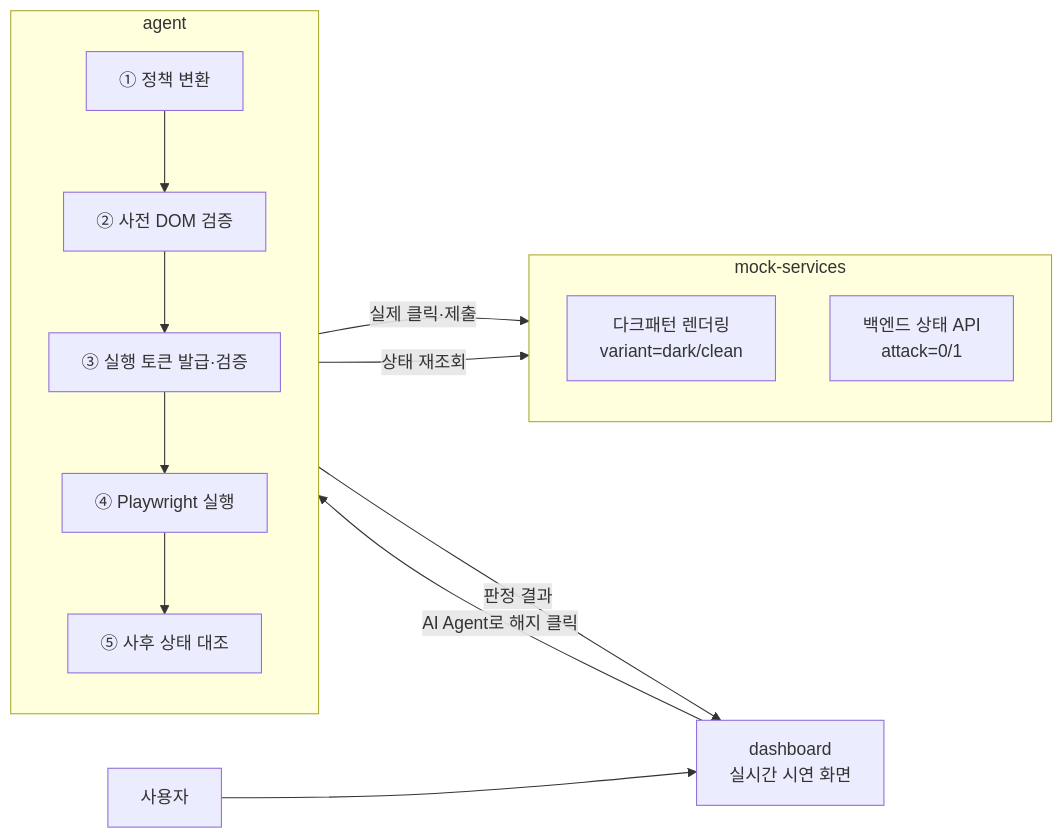
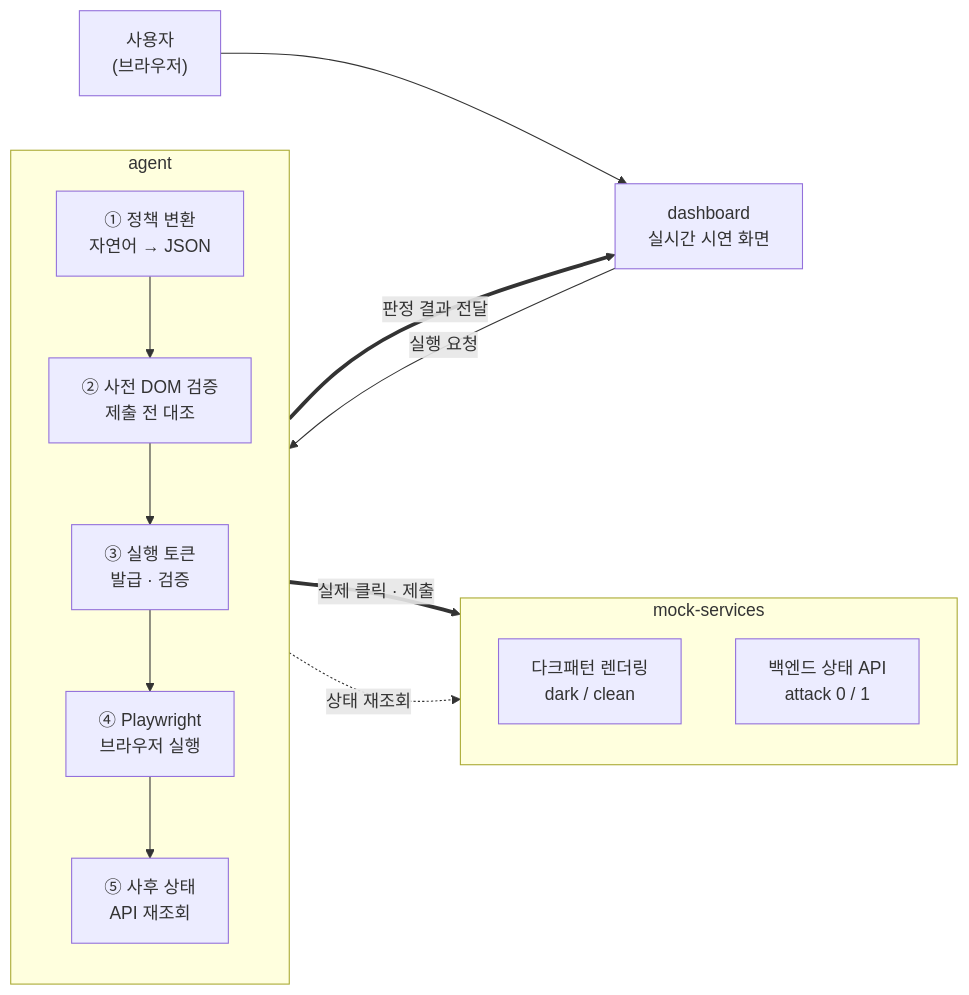
Before and after one commit to suyeongg092/darkpattern: the diagram in README.md, drawn with Mermaid. The commit also changed other lines of this file, not shown here.

Commit message:
Revise system architecture diagram for clarity
Updated the system architecture diagram in README.md to clarify user interactions and agent processes.

````diff
--- a/README.md
+++ b/README.md
@@ -110,24 +110,24 @@
 ```mermaid
 flowchart LR
-    U[사용자] --> D[dashboard<br/>실시간 시연 화면]
-    D -- "AI Agent로 해지" 클릭 --> A
+    U["사용자<br/>(브라우저)"] --> D["dashboard<br/>실시간 시연 화면"]
+    D -->|"실행 요청"| A1
 
     subgraph A[agent]
         direction TB
-        A1[① 정책 변환] --> A2[② 사전 DOM 검증]
-        A2 --> A3[③ 실행 토큰 발급·검증]
-        A3 --> A4[④ Playwright 실행]
-        A4 --> A5[⑤ 사후 상태 대조]
+        A1["① 정책 변환<br/>자연어 → JSON"] --> A2["② 사전 DOM 검증<br/>제출 전 대조"]
+        A2 --> A3["③ 실행 토큰<br/>발급 · 검증"]
+        A3 --> A4["④ Playwright<br/>브라우저 실행"]
+        A4 --> A5["⑤ 사후 상태<br/>API 재조회"]
     end
 
-    A4 -- 실제 클릭·제출 --> M
-    A5 -- 상태 재조회 --> M
+    A4 ==>|"실제 클릭 · 제출"| M1
+    A5 -.->|"상태 재조회"| M2
 
     subgraph M[mock-services]
         direction TB
-        M1[다크패턴 렌더링<br/>variant=dark/clean]
-        M2[백엔드 상태 API<br/>attack=0/1]
+        M1["다크패턴 렌더링<br/>dark / clean"]
+        M2["백엔드 상태 API<br/>attack 0 / 1"]
     end
 
-    A -- 판정 결과 --> D
+    A5 ==>|"판정 결과 전달"| D
 ```
````
